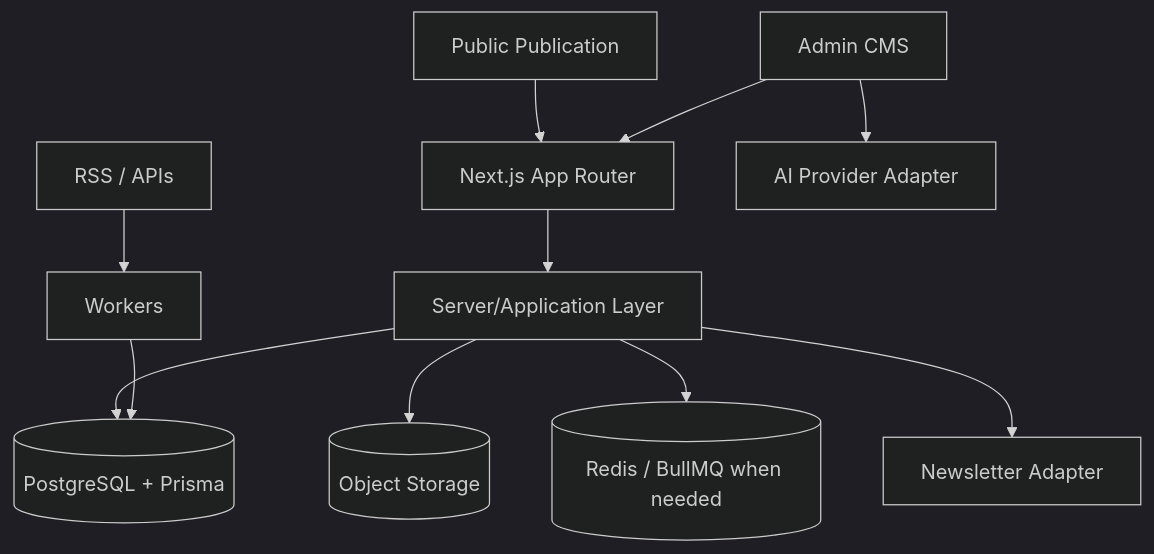
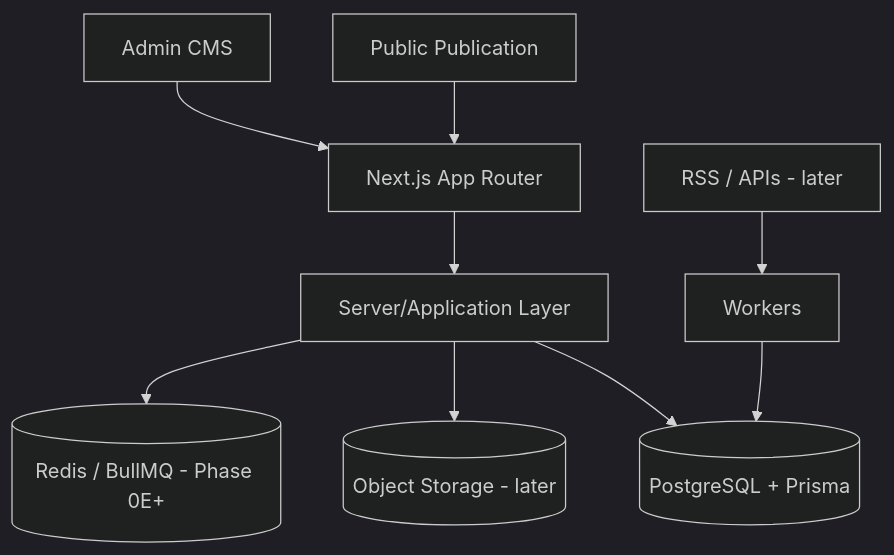
One commit to YounasKhan2/living-journal changed the diagram in README.md. Above: the diagram before and after it, drawn with Mermaid (dark theme). The commit also changed other lines of this file, not shown here.

````diff
--- a/README.md
+++ b/README.md
@@ -257,13 +232,11 @@
 ```mermaid
 flowchart TB
   Public[Public Publication] --> Next[Next.js App Router]
   CMS[Admin CMS] --> Next
   Next --> Server[Server/Application Layer]
   Server --> DB[(PostgreSQL + Prisma)]
-  Server --> Storage[(Object Storage)]
-  Server --> Redis[(Redis / BullMQ when needed)]
-  Sources[RSS / APIs] --> Workers[Workers]
+  Server --> Storage[(Object Storage - later)]
+  Server --> Redis[(Redis / BullMQ - Phase 0E+)]
+  Sources[RSS / APIs - later] --> Workers[Workers]
   Workers --> DB
-  CMS --> AI[AI Provider Adapter]
-  Server --> Email[Newsletter Adapter]
 ```
````
